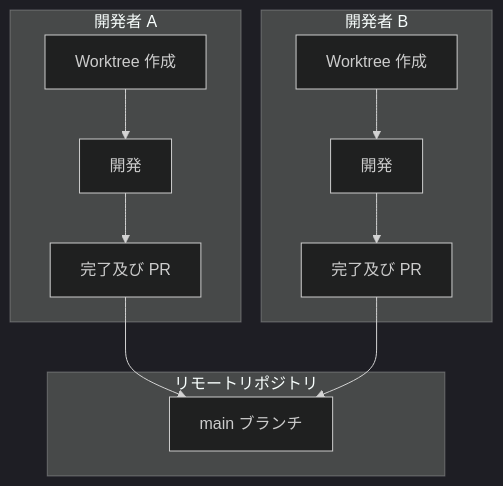
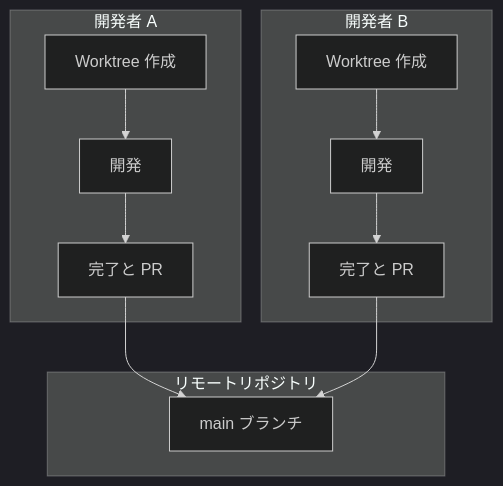
Before and after one commit to modu-ai/moai-adk: the ninth of 9 diagrams in docs-site/content/ja/worktree/faq.md, drawn with Mermaid (dark theme). The commit also changed other lines of this file and 395 other files, not shown here.

````diff
--- a/docs-site/content/ja/worktree/faq.md
+++ b/docs-site/content/ja/worktree/faq.md
@@ -503,21 +504,21 @@
 ```mermaid
 graph TB
     subgraph DevA["開発者 A"]
         A1[Worktree 作成]
         A2[開発]
-        A3[完了及び PR]
+        A3[完了と PR]
     end
 
     subgraph DevB["開発者 B"]
         B1[Worktree 作成]
         B2[開発]
-        B3[完了及び PR]
+        B3[完了と PR]
     end
 
     subgraph Remote["リモートリポジトリ"]
         R[main ブランチ]
     end
 
     A1 --> A2 --> A3 --> R
     B1 --> B2 --> B3 --> R
 ```
````
